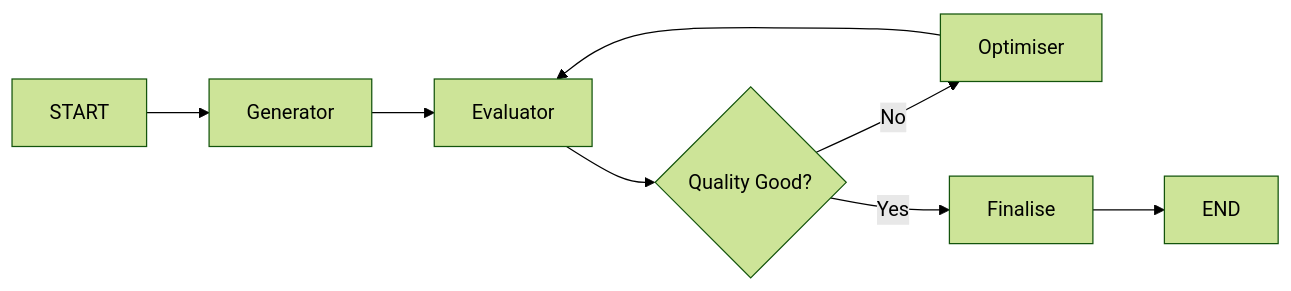
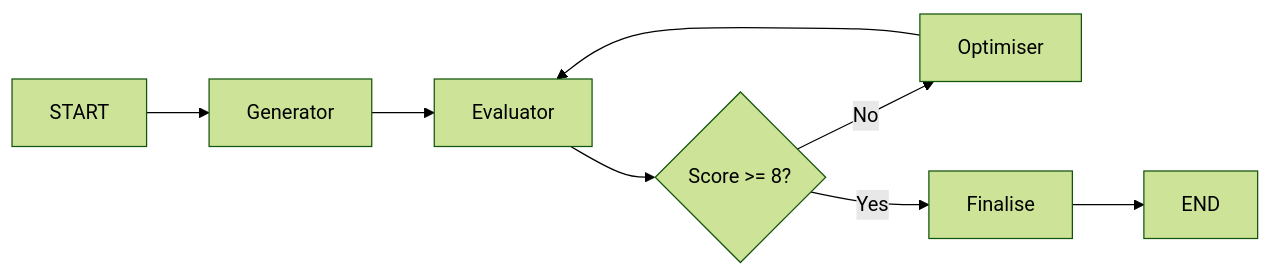
The sixth of 12 diagrams in PATTERNS.md (rulala/fac-ws_ai_multi-agent), drawn with Mermaid (forest theme) before and after one commit. The commit also changed other lines of this file, not shown here.

````diff
--- a/PATTERNS.md
+++ b/PATTERNS.md
@@ -99,10 +183,10 @@
 ```mermaid
 graph LR
     START --> Generator
     Generator --> Evaluator
-    Evaluator --> ShouldContinue{Quality Good?}
-    ShouldContinue -->|No| Optimiser
-    ShouldContinue -->|Yes| Finalise
+    Evaluator --> Continue{Score >= 8?}
+    Continue -->|No| Optimiser
+    Continue -->|Yes| Finalise
     Optimiser --> Evaluator
     Finalise --> END
 ```
````
